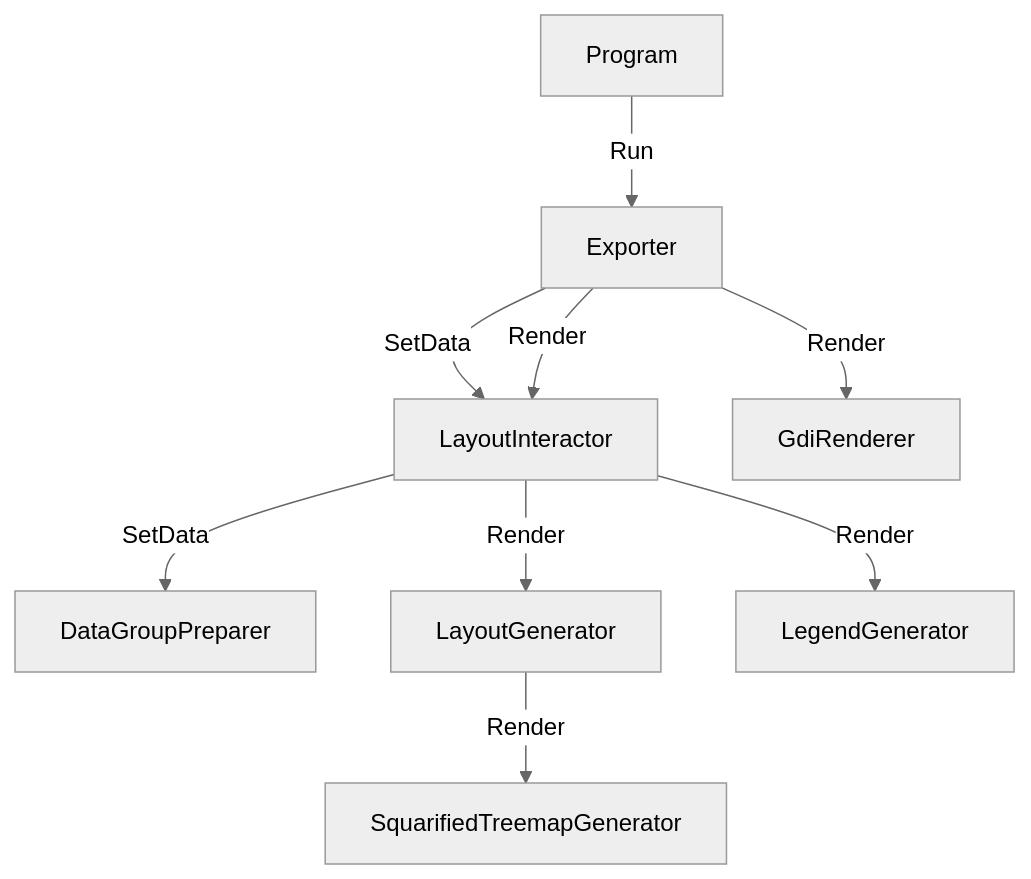
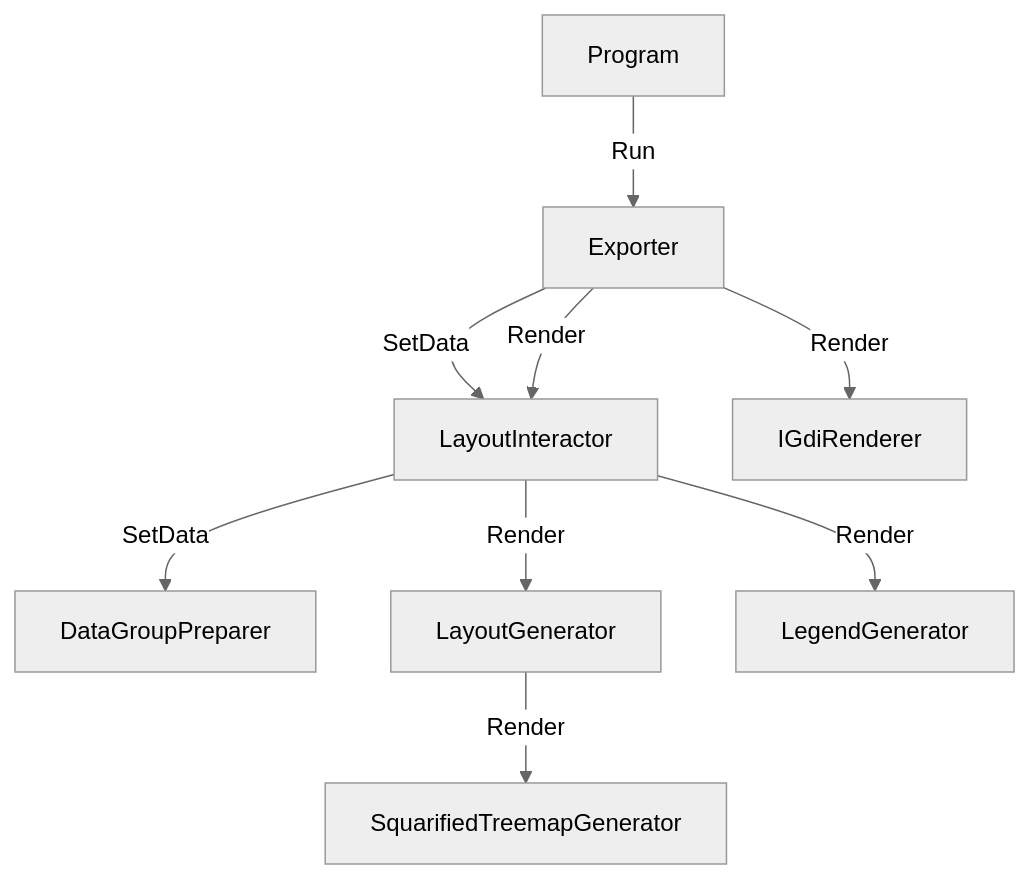
One commit to panda728/SquarifiedTreemapLayers changed the third of 3 diagrams in README.md. Above: the diagram before and after it, drawn with Mermaid (neutral theme). The commit also changed other lines of this file, not shown here.

````diff
--- a/README.md
+++ b/README.md
@@ -61,11 +205,11 @@
 ```mermaid
 graph TD 
 A[Program] -->|Run| B[Exporter] 
 B -->|SetData| C[LayoutInteractor<T>] 
 C -->|SetData| D[DataGroupPreparer<T>]
 B --> |Render| C
 C -->|Render| E[LayoutGenerator<T>] 
 E -->|Render| F[SquarifiedTreemapGenerator] 
 C -->|Render| G[LegendGenerator]
-B -->|Render| H[GdiRenderer] 
+B -->|Render| H[IGdiRenderer] 
 ```
````
